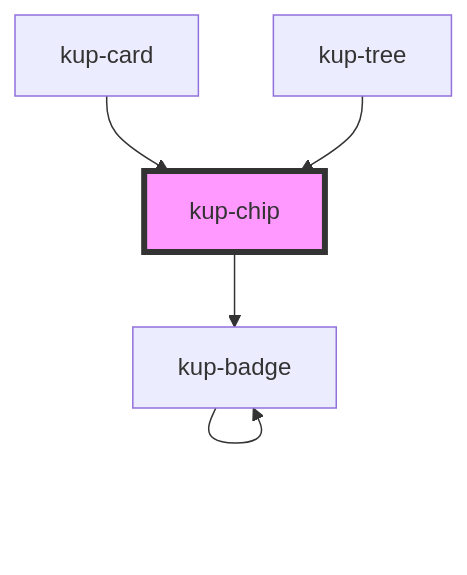
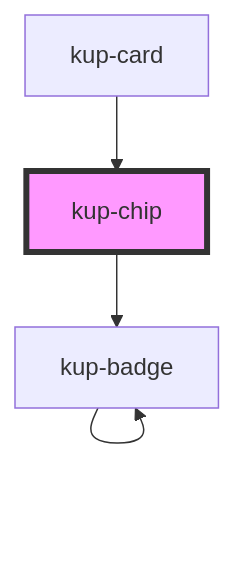
Before and after one commit to smeup/ketchup: the diagram in packages/ketchup/src/components/kup-chip/readme.md, drawn with Mermaid. The commit also changed other lines of this file and 12 other files, not shown here.

Commit message:
FCell: used in kup-tree.

````diff
--- a/packages/ketchup/src/components/kup-chip/readme.md
+++ b/packages/ketchup/src/components/kup-chip/readme.md
@@ -89,8 +88,7 @@
 ```mermaid
 graph TD;
   kup-chip --> kup-badge
   kup-badge --> kup-badge
   kup-card --> kup-chip
-  kup-tree --> kup-chip
   style kup-chip fill:#f9f,stroke:#333,stroke-width:4px
 ```
````
